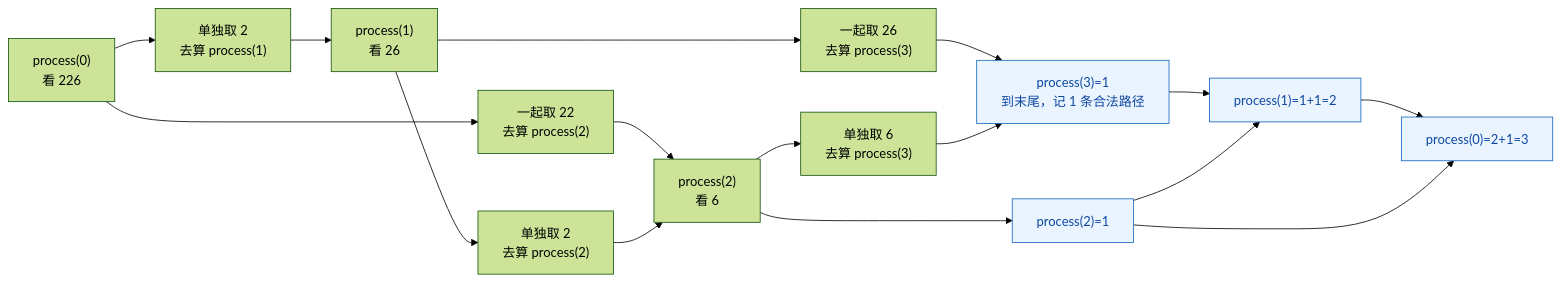
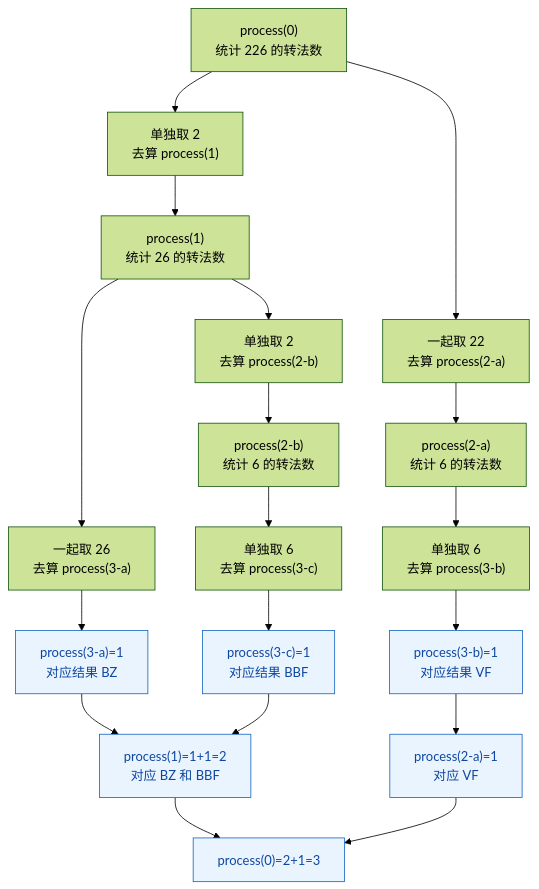
The fourth of 4 diagrams in my-notes/01-基础巩固/13-暴力递归到动态规划2-尝试模型/09-尝试模型1-从左往右-数字转字母.md (freeedoooooo/algs), drawn with Mermaid (forest theme) before and after one commit. The commit also changed other lines of this file, not shown here.

Commit message:
update mermaid

````diff
--- a/my-notes/01-基础巩固/13-暴力递归到动态规划2-尝试模型/09-尝试模型1-从左往右-数字转字母.md
+++ b/my-notes/01-基础巩固/13-暴力递归到动态规划2-尝试模型/09-尝试模型1-从左往右-数字转字母.md
@@ -283,25 +319,32 @@
 ```mermaid
-graph LR
-    A["process(0)<br/>看 226"] --> B["单独取 2<br/>去算 process(1)"]
-    A --> C["一起取 22<br/>去算 process(2)"]
+graph TB
+    A["process(0)<br/>统计 226 的转法数"]
 
-    B --> D["process(1)<br/>看 26"]
-    D --> E["单独取 2<br/>去算 process(2)"]
-    D --> F["一起取 26<br/>去算 process(3)"]
+    A --> B["单独取 2<br/>去算 process(1)"]
+    A --> C["一起取 22<br/>去算 process(2-a)"]
 
-    C --> G["process(2)<br/>看 6"]
-    E --> G
-    G --> H["单独取 6<br/>去算 process(3)"]
+    B --> D["process(1)<br/>统计 26 的转法数"]
+    C --> E["process(2-a)<br/>统计 6 的转法数"]
 
-    F --> I["process(3)=1<br/>到末尾，记 1 条合法路径"]
-    H --> I
+    D --> F["单独取 2<br/>去算 process(2-b)"]
+    D --> G["一起取 26<br/>去算 process(3-a)"]
 
-    G --> J["process(2)=1"]
-    I --> K["process(1)=1+1=2"]
-    J --> K
-    K --> L["process(0)=2+1=3"]
-    J --> L
+    E --> H["单独取 6<br/>去算 process(3-b)"]
+    F --> I["process(2-b)<br/>统计 6 的转法数"]
+
+    G --> J["process(3-a)=1<br/>对应结果 BZ"]
+    H --> K["process(3-b)=1<br/>对应结果 VF"]
+    I --> L["单独取 6<br/>去算 process(3-c)"]
+    L --> M["process(3-c)=1<br/>对应结果 BBF"]
+
+    J --> N["process(1)=1+1=2<br/>对应 BZ 和 BBF"]
+    M --> N
+
+    K --> O["process(2-a)=1<br/>对应 VF"]
+
+    N --> P["process(0)=2+1=3"]
+    O --> P
 
     classDef result fill:#EAF4FF,stroke:#1565C0,color:#0D47A1;
-    class I,J,K,L result;
+    class J,K,M,N,O,P result;
 ```
````
